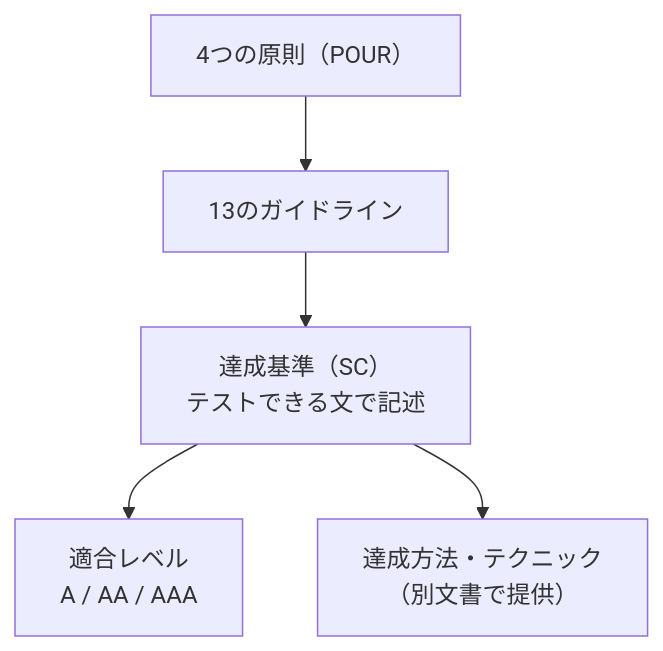
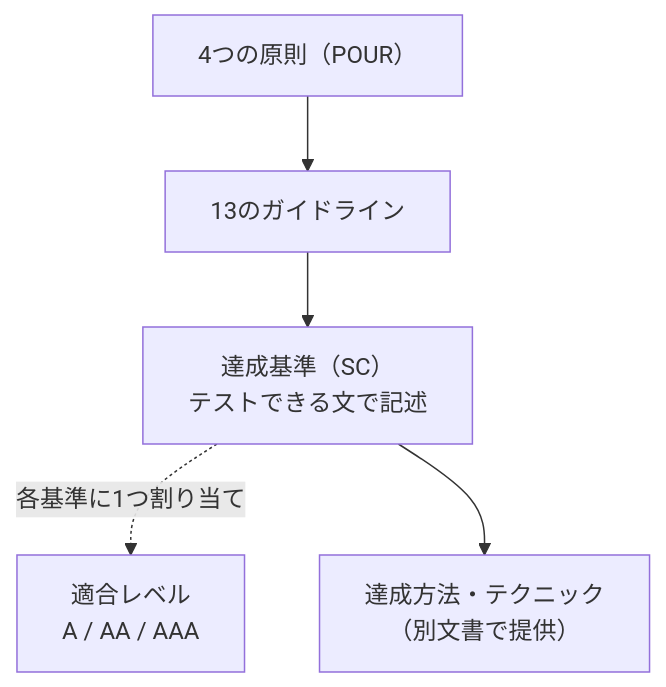
The fourth of 9 diagrams in Iso-iec-40500-2025-guide.md (myoshi2891/Quality-Assurance-Studies), drawn with Mermaid before and after one commit. The commit also changed other lines of this file, not shown here.

````diff
--- a/Iso-iec-40500-2025-guide.md
+++ b/Iso-iec-40500-2025-guide.md
@@ -132,7 +132,7 @@
 ```mermaid
 flowchart TB
     P["4つの原則（POUR）"] --> G["13のガイドライン"]
     G --> SC["達成基準（SC）<br/>テストできる文で記述"]
-    SC --> L["適合レベル<br/>A / AA / AAA"]
+    SC -.->|"各基準に1つ割り当て"| L["適合レベル<br/>A / AA / AAA"]
     SC --> T["達成方法・テクニック<br/>（別文書で提供）"]
 ```
````
